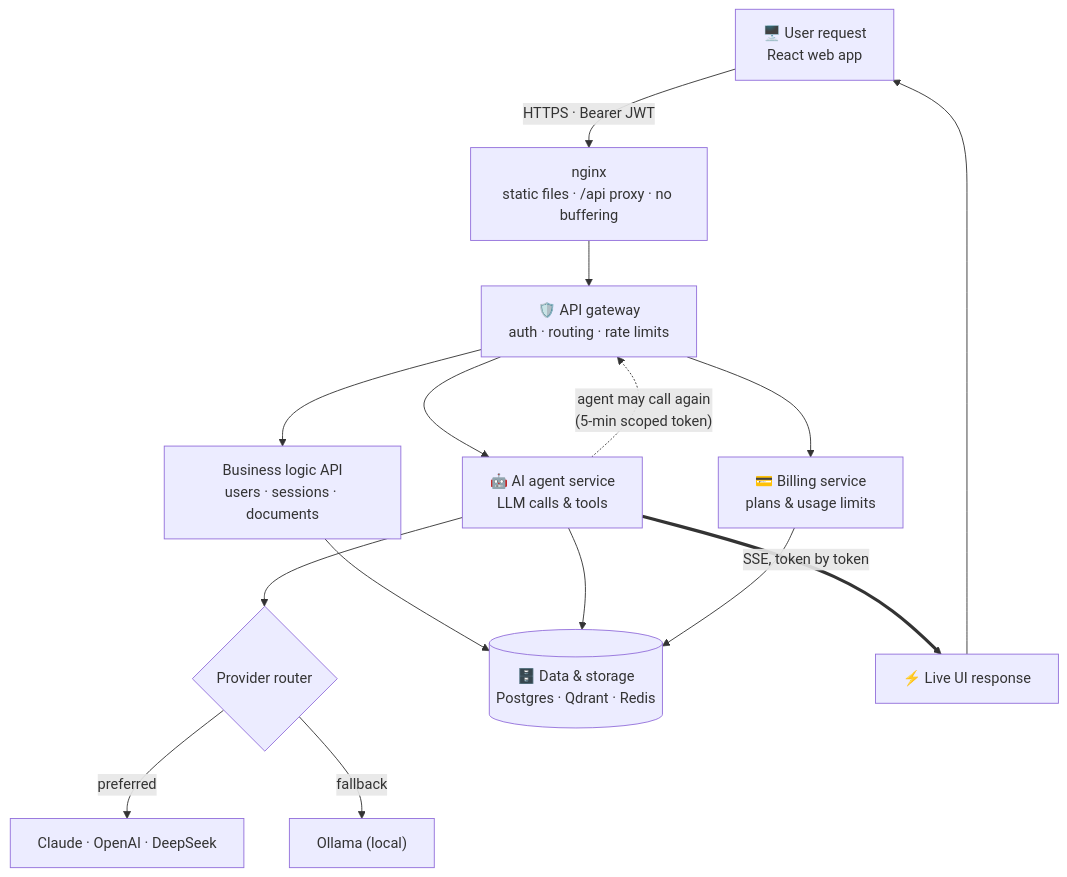
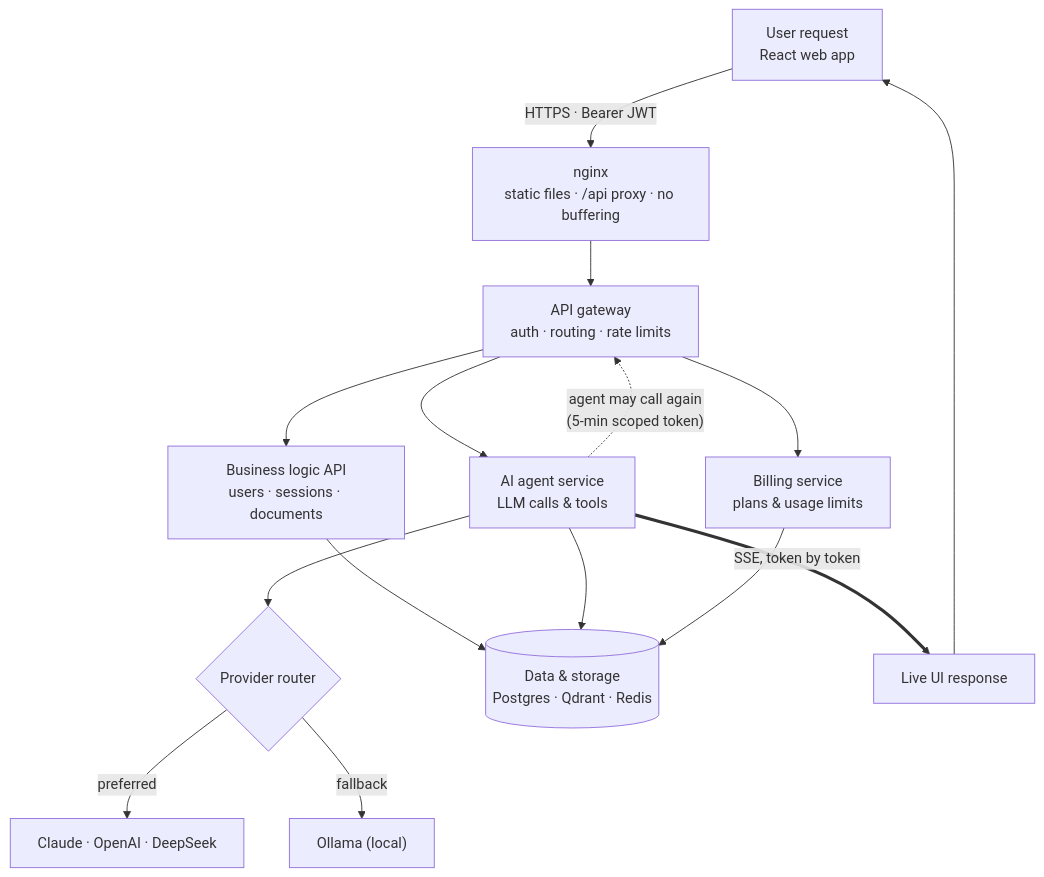
The diagram in README.md (asadaslam556/diffsage), drawn with Mermaid before and after one commit. The commit also changed other lines of this file and 7 other files, not shown here.

````diff
--- a/README.md
+++ b/README.md
@@ -71,17 +71,17 @@
 ```mermaid
 flowchart TD
-    U["🖥️ User request<br/>React web app"] -->|"HTTPS · Bearer JWT"| N["nginx<br/>static files · /api proxy · no buffering"]
-    N --> G["🛡️ API gateway<br/>auth · routing · rate limits"]
+    U["User request<br/>React web app"] -->|"HTTPS · Bearer JWT"| N["nginx<br/>static files · /api proxy · no buffering"]
+    N --> G["API gateway<br/>auth · routing · rate limits"]
     G --> B["Business logic API<br/>users · sessions · documents"]
-    G --> A["🤖 AI agent service<br/>LLM calls & tools"]
-    G --> BL["💳 Billing service<br/>plans & usage limits"]
+    G --> A["AI agent service<br/>LLM calls & tools"]
+    G --> BL["Billing service<br/>plans & usage limits"]
     A -. "agent may call again<br/>(5-min scoped token)" .-> G
     A --> R{"Provider router"}
     R -->|preferred| P["Claude · OpenAI · DeepSeek"]
     R -->|fallback| O["Ollama (local)"]
-    B --> D[("🗄️ Data & storage<br/>Postgres · Qdrant · Redis")]
+    B --> D[("Data & storage<br/>Postgres · Qdrant · Redis")]
     A --> D
     BL --> D
-    A ==>|"SSE, token by token"| L["⚡ Live UI response"]
+    A ==>|"SSE, token by token"| L["Live UI response"]
     L --> U
 ```
````
